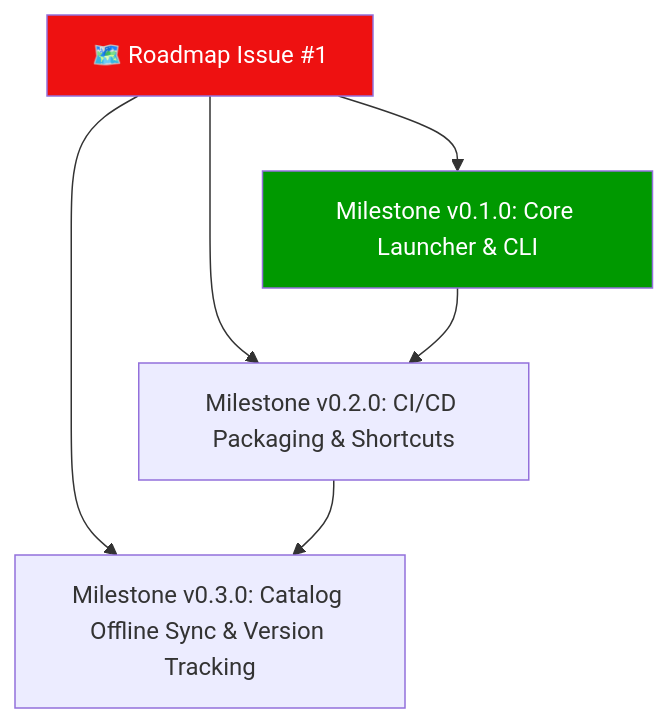
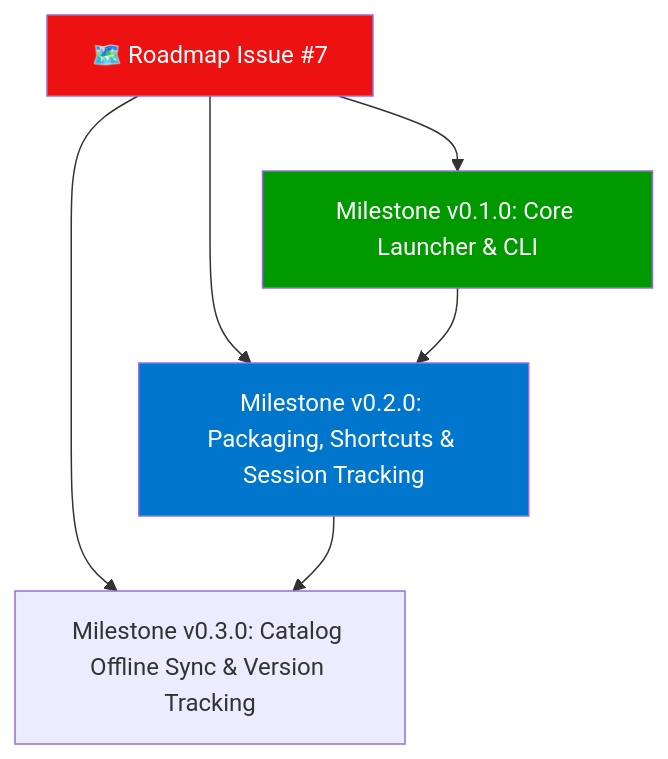
The diagram in ROADMAP.md (HELIX-Origin/LewdZone-Launcher), drawn with Mermaid before and after one commit. The commit also changed other lines of this file and 9 other files, not shown here.

Commit message:
✨ feat(v0.2.0): add playtime session tracking, native shortcuts, and CI/CD packaging

````diff
--- a/ROADMAP.md
+++ b/ROADMAP.md
@@ -28,11 +28,12 @@
 ```mermaid
 flowchart TD
-    ROAD["🗺️ Roadmap Issue #1"]
+    ROAD["🗺️ Roadmap Issue #7"]
     ROAD --> M1["Milestone v0.1.0: Core Launcher & CLI"]
-    ROAD --> M2["Milestone v0.2.0: CI/CD Packaging & Shortcuts"]
+    ROAD --> M2["Milestone v0.2.0: Packaging, Shortcuts & Session Tracking"]
     ROAD --> M3["Milestone v0.3.0: Catalog Offline Sync & Version Tracking"]
     M1 --> M2
     M2 --> M3
     style ROAD fill:#e11,color:#fff
     style M1 fill:#090,color:#fff
+    style M2 fill:#07c,color:#fff
 ```
````
